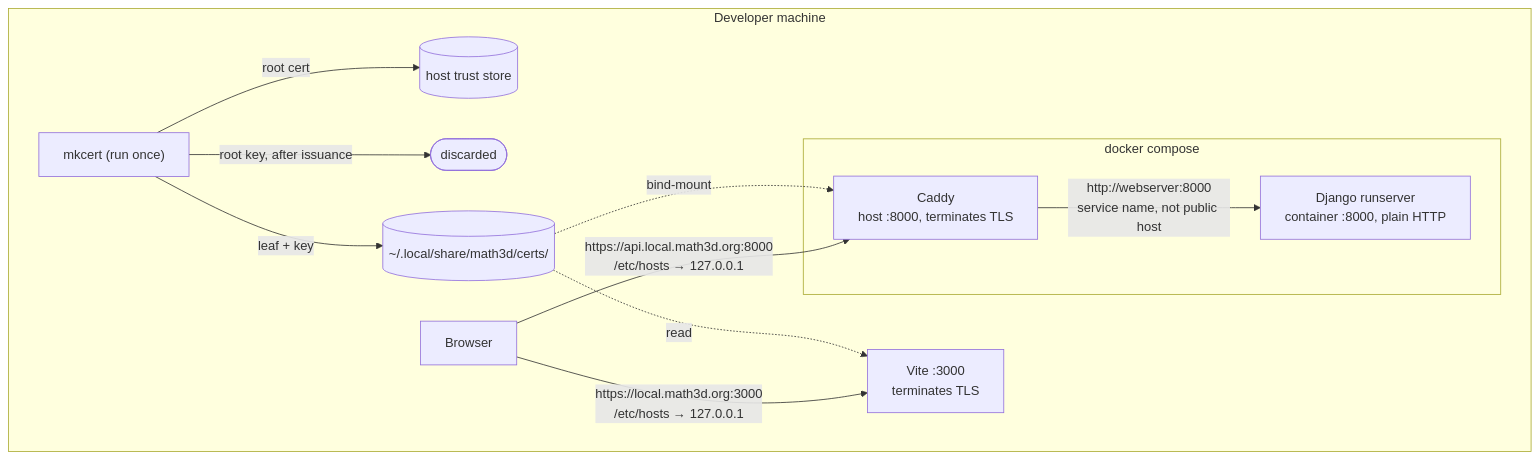
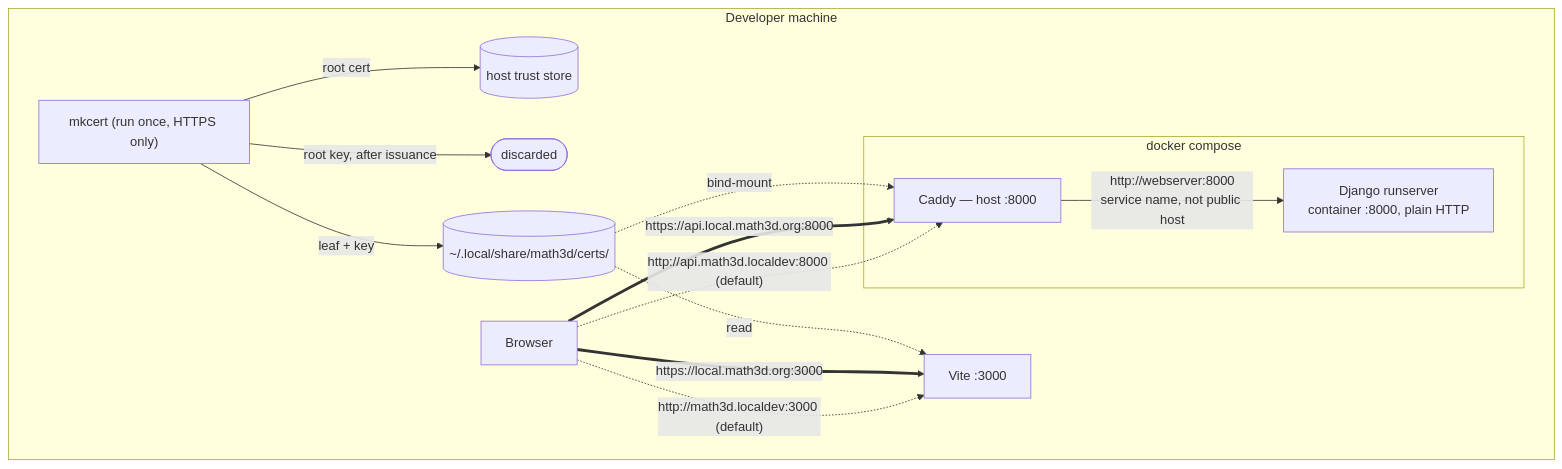
One commit to ChristopherChudzicki/math3d-next changed the diagram in docs/adr/0005-local-https-dev-environment.md. Above: the diagram before and after it, drawn with Mermaid. The commit also changed other lines of this file, not shown here.

````diff
--- a/docs/adr/0005-local-https-dev-environment.md
+++ b/docs/adr/0005-local-https-dev-environment.md
@@ -37,24 +41,26 @@
 ```mermaid
 flowchart TB
     subgraph host["Developer machine"]
-        mkcert["mkcert (run once)"]
+        mkcert["mkcert (run once, HTTPS only)"]
         store[("host trust store")]
         gone(["discarded"])
         certs[("~/.local/share/math3d/certs/")]
         browser["Browser"]
-        vite["Vite :3000<br/>terminates TLS"]
+        vite["Vite :3000"]
         subgraph compose["docker compose"]
-            caddy["Caddy<br/>host :8000, terminates TLS"]
+            caddy["Caddy — host :8000"]
             django["Django runserver<br/>container :8000, plain HTTP"]
         end
     end
 
     mkcert -->|"root cert"| store
     mkcert -->|"root key, after issuance"| gone
     mkcert -->|"leaf + key"| certs
     certs -.->|read| vite
     certs -.->|bind-mount| caddy
-    browser -->|"https://local.math3d.org:3000<br/>/etc/hosts → 127.0.0.1"| vite
-    browser -->|"https://api.local.math3d.org:8000<br/>/etc/hosts → 127.0.0.1"| caddy
+    browser ==>|"https://local.math3d.org:3000"| vite
+    browser ==>|"https://api.local.math3d.org:8000"| caddy
+    browser -.->|"http://math3d.localdev:3000 (default)"| vite
+    browser -.->|"http://api.math3d.localdev:8000 (default)"| caddy
     caddy -->|"http://webserver:8000<br/>service name, not public host"| django
 ```
````
